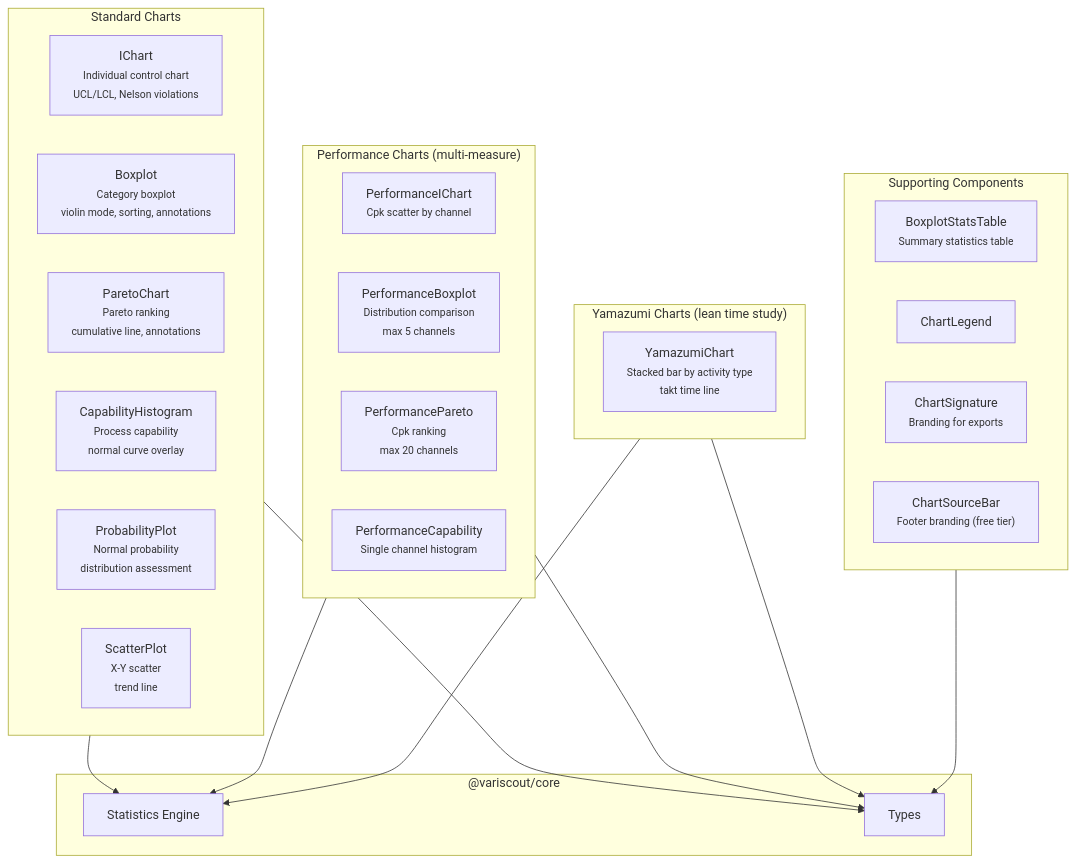
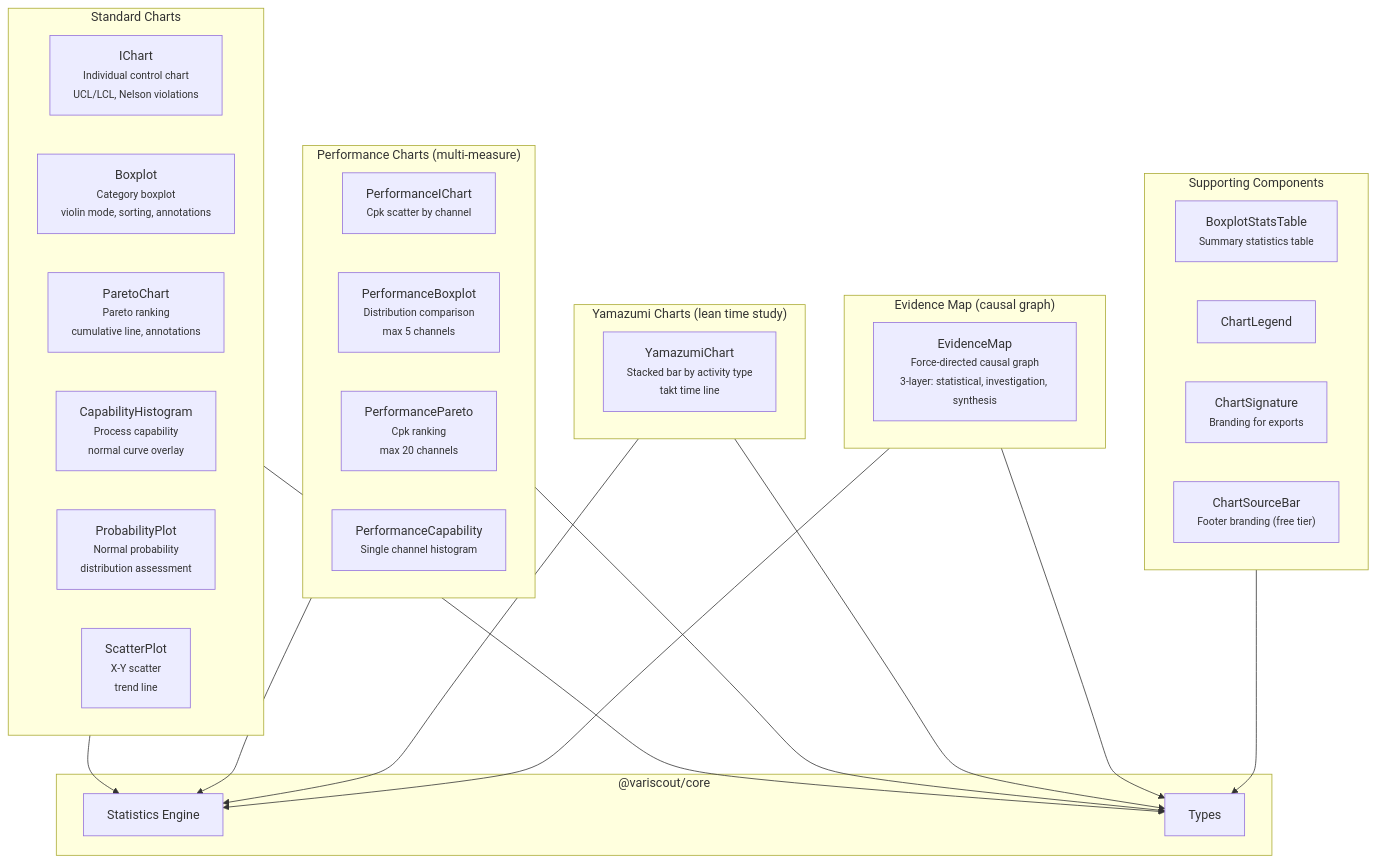
One commit to jukka-matti/variscout changed the third of 8 diagrams in docs/05-technical/architecture/component-map.md. Above: the diagram before and after it, drawn with Mermaid. The commit also changed 2 other files, not shown here.

Commit message:
docs: update project documentation for Evidence Map feature

````diff
--- a/docs/05-technical/architecture/component-map.md
+++ b/docs/05-technical/architecture/component-map.md
@@ -122,42 +122,48 @@
 ```mermaid
 flowchart TB
     subgraph standard["Standard Charts"]
         ichart["IChart<br/><small>Individual control chart<br/>UCL/LCL, Nelson violations</small>"]
         boxplot["Boxplot<br/><small>Category boxplot<br/>violin mode, sorting, annotations</small>"]
         pareto["ParetoChart<br/><small>Pareto ranking<br/>cumulative line, annotations</small>"]
         capability["CapabilityHistogram<br/><small>Process capability<br/>normal curve overlay</small>"]
         probability["ProbabilityPlot<br/><small>Normal probability<br/>distribution assessment</small>"]
         scatter["ScatterPlot<br/><small>X-Y scatter<br/>trend line</small>"]
     end
 
     subgraph performance["Performance Charts (multi-measure)"]
         perf_ichart["PerformanceIChart<br/><small>Cpk scatter by channel</small>"]
         perf_boxplot["PerformanceBoxplot<br/><small>Distribution comparison<br/>max 5 channels</small>"]
         perf_pareto["PerformancePareto<br/><small>Cpk ranking<br/>max 20 channels</small>"]
         perf_capability["PerformanceCapability<br/><small>Single channel histogram</small>"]
     end
 
     subgraph yamazumi["Yamazumi Charts (lean time study)"]
         yam_chart["YamazumiChart<br/><small>Stacked bar by activity type<br/>takt time line</small>"]
     end
 
+    subgraph evidencemap["Evidence Map (causal graph)"]
+        ev_map["EvidenceMap<br/><small>Force-directed causal graph<br/>3-layer: statistical, investigation, synthesis</small>"]
+    end
+
     subgraph supporting["Supporting Components"]
         stats_table["BoxplotStatsTable<br/><small>Summary statistics table</small>"]
         legend["ChartLegend"]
         signature["ChartSignature<br/><small>Branding for exports</small>"]
         sourcebar["ChartSourceBar<br/><small>Footer branding (free tier)</small>"]
     end
 
     subgraph deps["@variscout/core"]
         core_stats["Statistics Engine"]
         core_types["Types"]
     end
 
     standard --> core_types
     standard --> core_stats
     performance --> core_types
     performance --> core_stats
     yamazumi --> core_types
     yamazumi --> core_stats
+    evidencemap --> core_types
+    evidencemap --> core_stats
     supporting --> core_types
 ```
````
